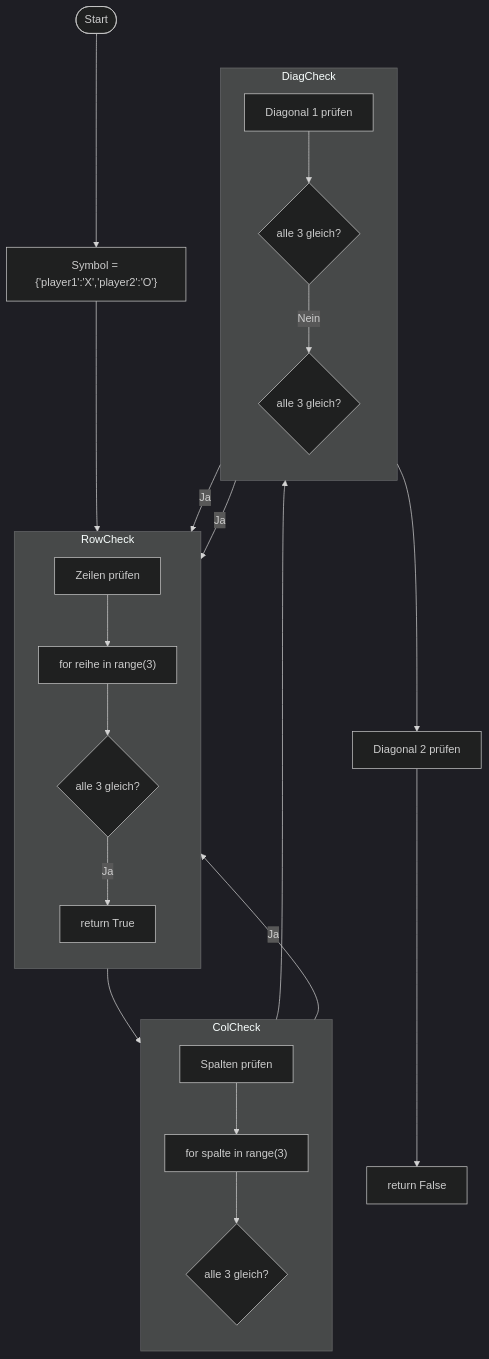
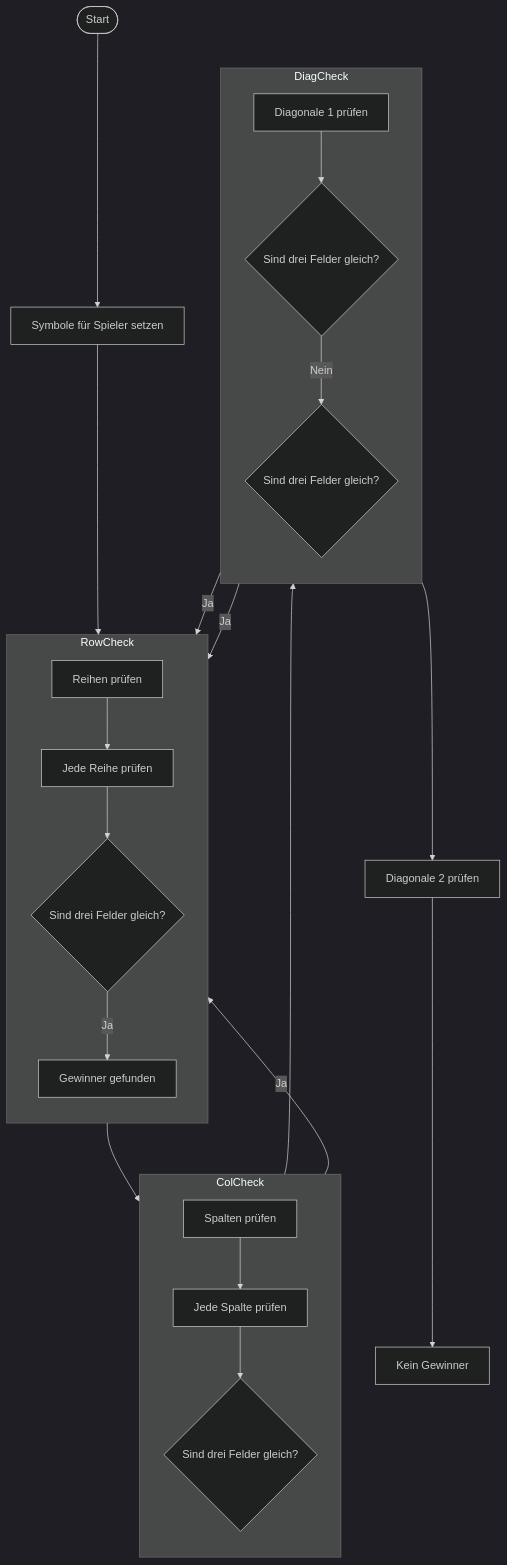
Before and after one commit to Finn965/Informatik-1-Softwareprojekt: the seventh of 13 diagrams in flowchart.md, drawn with Mermaid (dark theme). The commit also changed other lines of this file, not shown here.

````diff
--- a/flowchart.md
+++ b/flowchart.md
@@ -129,32 +129,32 @@
 ```mermaid
 flowchart TD
     Start([Start])
-    Start --> Map["Symbol = {'player1':'X','player2':'O'}"]
-    Map --> Rows["Zeilen prüfen"]
+    Start --> Map["Symbole für Spieler setzen"]
+    Map --> Rows["Reihen prüfen"]
     Rows --> Cols["Spalten prüfen"]
-    Cols --> Diag1["Diagonal 1 prüfen"]
-    Diag1 --> Diag2["Diagonal 2 prüfen"]
-    Diag2 --> ReturnFalse["return False"]
+    Cols --> Diag1["Diagonale 1 prüfen"]
+    Diag1 --> Diag2["Diagonale 2 prüfen"]
+    Diag2 --> ReturnFalse["Kein Gewinner"]
 
     subgraph RowCheck
         direction TB
-        Rows --> RowLoop["for reihe in range(3)"]
-        RowLoop --> RowCond{alle 3 gleich?}
-        RowCond -- Ja --> ReturnTrue["return True"]
+        Rows --> RowLoop["Jede Reihe prüfen"]
+        RowLoop --> RowCond{"Sind drei Felder gleich?"}
+        RowCond -- Ja --> ReturnTrue["Gewinner gefunden"]
     end
 
     subgraph ColCheck
         direction TB
-        Cols --> ColLoop["for spalte in range(3)"]
-        ColLoop --> ColCond{alle 3 gleich?}
+        Cols --> ColLoop["Jede Spalte prüfen"]
+        ColLoop --> ColCond{"Sind drei Felder gleich?"}
         ColCond -- Ja --> ReturnTrue
     end
 
     subgraph DiagCheck
         direction TB
-        Diag1 --> Diag1Cond{alle 3 gleich?}
+        Diag1 --> Diag1Cond{"Sind drei Felder gleich?"}
         Diag1Cond -- Ja --> ReturnTrue
-        Diag1Cond -- Nein --> Diag2Cond{alle 3 gleich?}
+        Diag1Cond -- Nein --> Diag2Cond{"Sind drei Felder gleich?"}
         Diag2Cond -- Ja --> ReturnTrue
     end
 ```
````
